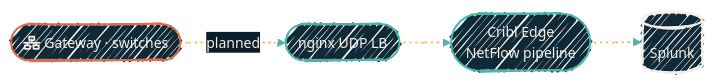
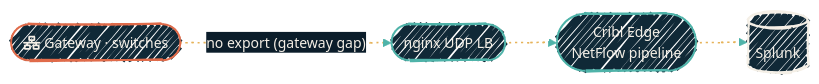
Before and after one commit to dryvist/docs: the sixth of 8 diagrams in observability/pipeline-flows.mdx, drawn with Mermaid. The commit also changed other lines of this file and 1 other file, not shown here.

First line of the commit message:
docs(observability): UTC-at-source doctrine, firewall-log expansions, NetFlow gateway gap

````diff
--- a/observability/pipeline-flows.mdx
+++ b/observability/pipeline-flows.mdx
@@ -231,24 +233,24 @@
 ```mermaid
 %%{init: {'theme':'base','look':'handDrawn','themeVariables':{'fontFamily':'Geist','fontSize':'14px','primaryColor':'#102937','primaryTextColor':'#F4EFE6','primaryBorderColor':'#4FB3A9','lineColor':'#4FB3A9','secondaryColor':'#0B1D2A','tertiaryColor':'#1A2A38','clusterBkg':'rgba(79,179,169,0.08)','clusterBorder':'#4FB3A9'}}}%%
 flowchart LR
   Gear([fa:fa-network-wired Gateway · switches])
   NGX([nginx UDP LB])
   Edge([Cribl Edge<br/>NetFlow pipeline])
   SP[(Splunk)]
 
-  Gear -.planned.-> NGX
+  Gear -."no export (gateway gap)".-> NGX
   NGX -.-> Edge
   Edge -.-> SP
 
   classDef src  fill:#102937,stroke:#E06B4A,stroke-width:2px,color:#F4EFE6;
   classDef hop  fill:#102937,stroke:#4FB3A9,stroke-width:2px,color:#F4EFE6;
   classDef sink fill:#102937,stroke:#F4EFE6,stroke-width:2px,color:#F4EFE6;
 
   class Gear src
   class NGX,Edge hop
   class SP sink
 
   click SP "/observability/repos/ansible-splunk" "Splunk install + indexes"
 
   linkStyle 0,1,2 stroke:#E6B35A,stroke-width:1.5px,stroke-dasharray:2 4;
 ```
````
